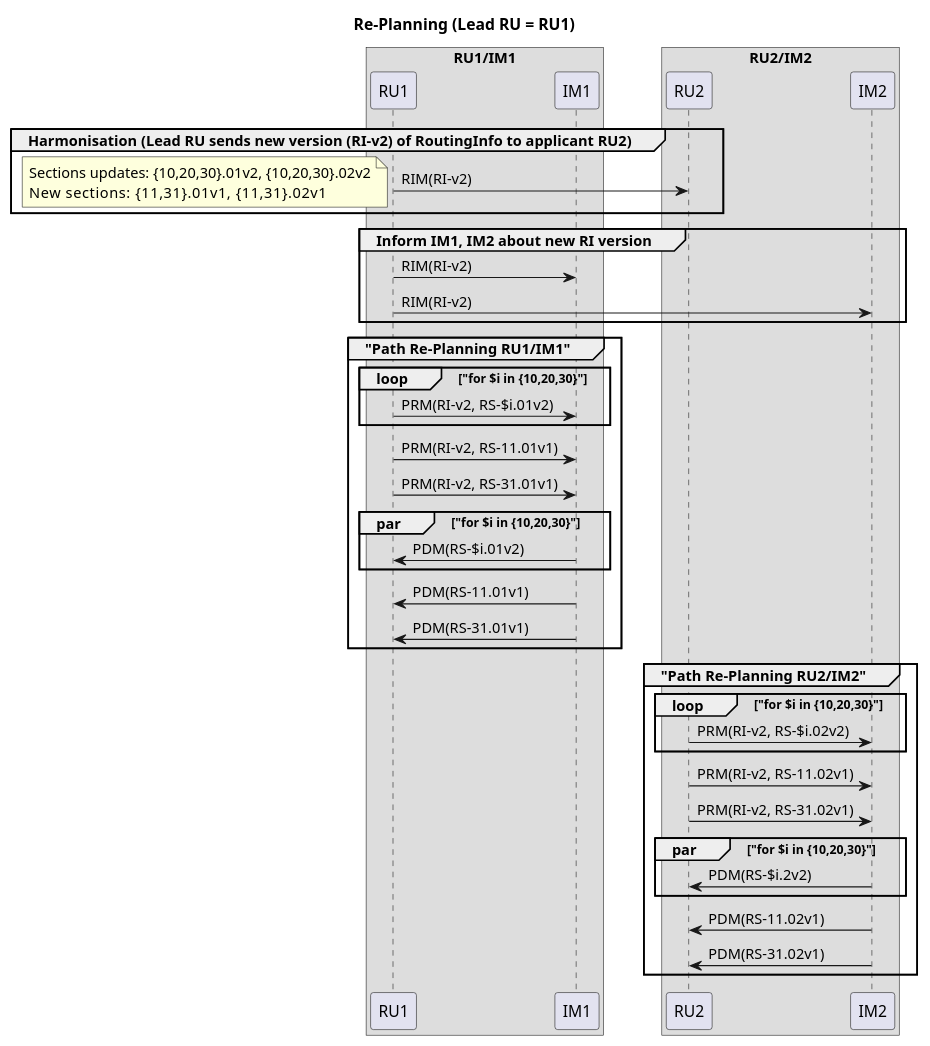
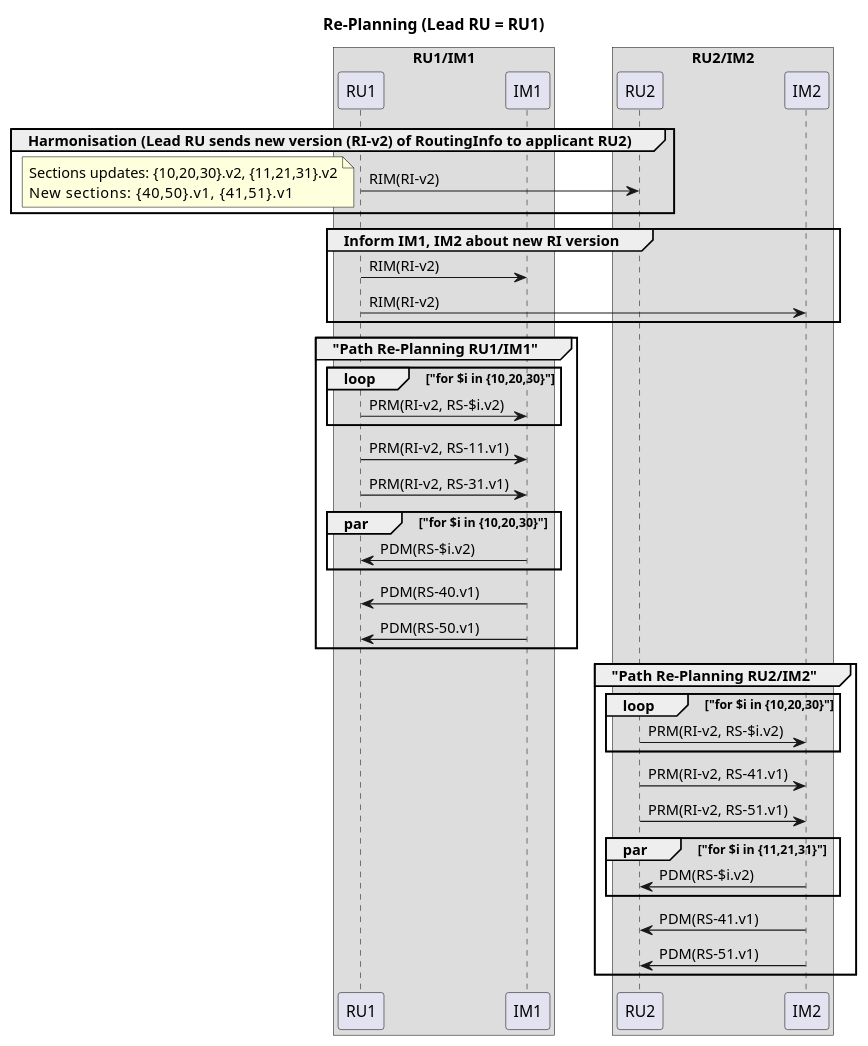
One commit to monora/tom changed the diagram in docs/uml/rp-20-route-update.puml. Above: the diagram before and after it, drawn with PlantUML. The commit also changed 1150 other files, not shown here.

```diff
--- a/docs/uml/rp-20-route-update.puml
+++ b/docs/uml/rp-20-route-update.puml
@@ -1,47 +1,47 @@
 title Re-Planning (Lead RU = RU1)
 skinparam BoxPadding 25
 
 box "RU1/IM1"
 participant RU1 order 10
 participant IM1 order 20
 end box
 box "RU2/IM2"
 participant RU2 order 40
 participant IM2 order 50
 end box
 
 group Harmonisation (Lead RU sends new version (RI-v2) of RoutingInfo to applicant RU2)
     RU1 -> RU2: RIM(RI-v2)
     note left
-        Sections updates: {10,20,30}.01v2, {10,20,30}.02v2
-        New       sections: {11,31}.01v1, {11,31}.02v1
+        Sections updates: {10,20,30}.v2, {11,21,31}.v2
+        New       sections: {40,50}.v1, {41,51}.v1
     end note
 end
 group Inform IM1, IM2 about new RI version
     RU1 -> IM1: RIM(RI-v2)
     RU1 -> IM2: RIM(RI-v2)
 end
 group "Path Re-Planning RU1/IM1"
     loop "for $i in {10,20,30}"
-        RU1 -> IM1: PRM(RI-v2, RS-$i.01v2)
+        RU1 -> IM1: PRM(RI-v2, RS-$i.v2)
     end
-    RU1 -> IM1: PRM(RI-v2, RS-11.01v1)
-    RU1 -> IM1: PRM(RI-v2, RS-31.01v1)
+    RU1 -> IM1: PRM(RI-v2, RS-11.v1)
+    RU1 -> IM1: PRM(RI-v2, RS-31.v1)
     par "for $i in {10,20,30}"
-        IM1 -> RU1: PDM(RS-$i.01v2)
+        IM1 -> RU1: PDM(RS-$i.v2)
     end
-    IM1 -> RU1: PDM(RS-11.01v1)
-    IM1 -> RU1: PDM(RS-31.01v1)
+    IM1 -> RU1: PDM(RS-40.v1)
+    IM1 -> RU1: PDM(RS-50.v1)
 end
 group "Path Re-Planning RU2/IM2"
     loop "for $i in {10,20,30}"
-        RU2 -> IM2: PRM(RI-v2, RS-$i.02v2)
+        RU2 -> IM2: PRM(RI-v2, RS-$i.v2)
     end
-    RU2 -> IM2: PRM(RI-v2, RS-11.02v1)
-    RU2 -> IM2: PRM(RI-v2, RS-31.02v1)
-    par "for $i in {10,20,30}"
-        IM2 -> RU2: PDM(RS-$i.2v2)
+    RU2 -> IM2: PRM(RI-v2, RS-41.v1)
+    RU2 -> IM2: PRM(RI-v2, RS-51.v1)
+    par "for $i in {11,21,31}"
+        IM2 -> RU2: PDM(RS-$i.v2)
     end
-    IM2 -> RU2: PDM(RS-11.02v1)
-    IM2 -> RU2: PDM(RS-31.02v1)
+    IM2 -> RU2: PDM(RS-41.v1)
+    IM2 -> RU2: PDM(RS-51.v1)
 end
```
